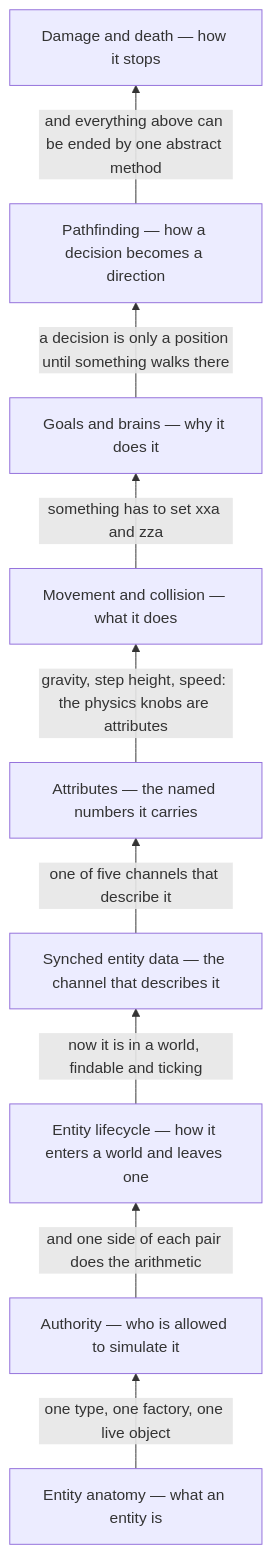
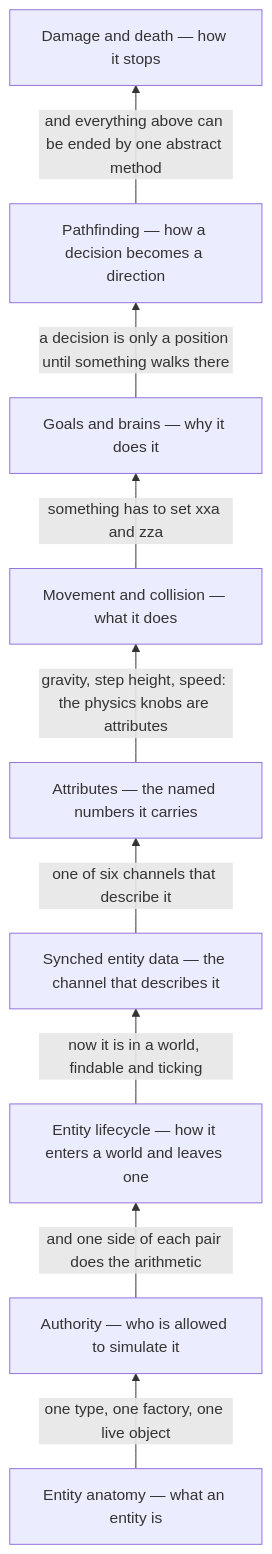
Before and after one commit to AlexanderjFraser/MinecraftDocs: the diagram in src/systems/entities/README.md, drawn with Mermaid. The commit also changed other lines of this file and 4 other files, not shown here.

````diff
--- a/src/systems/entities/README.md
+++ b/src/systems/entities/README.md
@@ -23,20 +23,20 @@
 ```mermaid
 flowchart BT
     A["Entity anatomy — what an entity is"]
     B["Authority — who is allowed to simulate it"]
     C["Entity lifecycle — how it enters a world and leaves one"]
     D["Synched entity data — the channel that describes it"]
     E["Attributes — the named numbers it carries"]
     F["Movement and collision — what it does"]
     G["Goals and brains — why it does it"]
     H["Pathfinding — how a decision becomes a direction"]
     I["Damage and death — how it stops"]
     A -- "one type, one factory, one live object" --> B
     B -- "and one side of each pair does the arithmetic" --> C
     C -- "now it is in a world, findable and ticking" --> D
-    D -- "one of five channels that describe it" --> E
+    D -- "one of six channels that describe it" --> E
     E -- "gravity, step height, speed: the physics knobs are attributes" --> F
     F -- "something has to set xxa and zza" --> G
     G -- "a decision is only a position until something walks there" --> H
     H -- "and everything above can be ended by one abstract method" --> I
 ```
````
